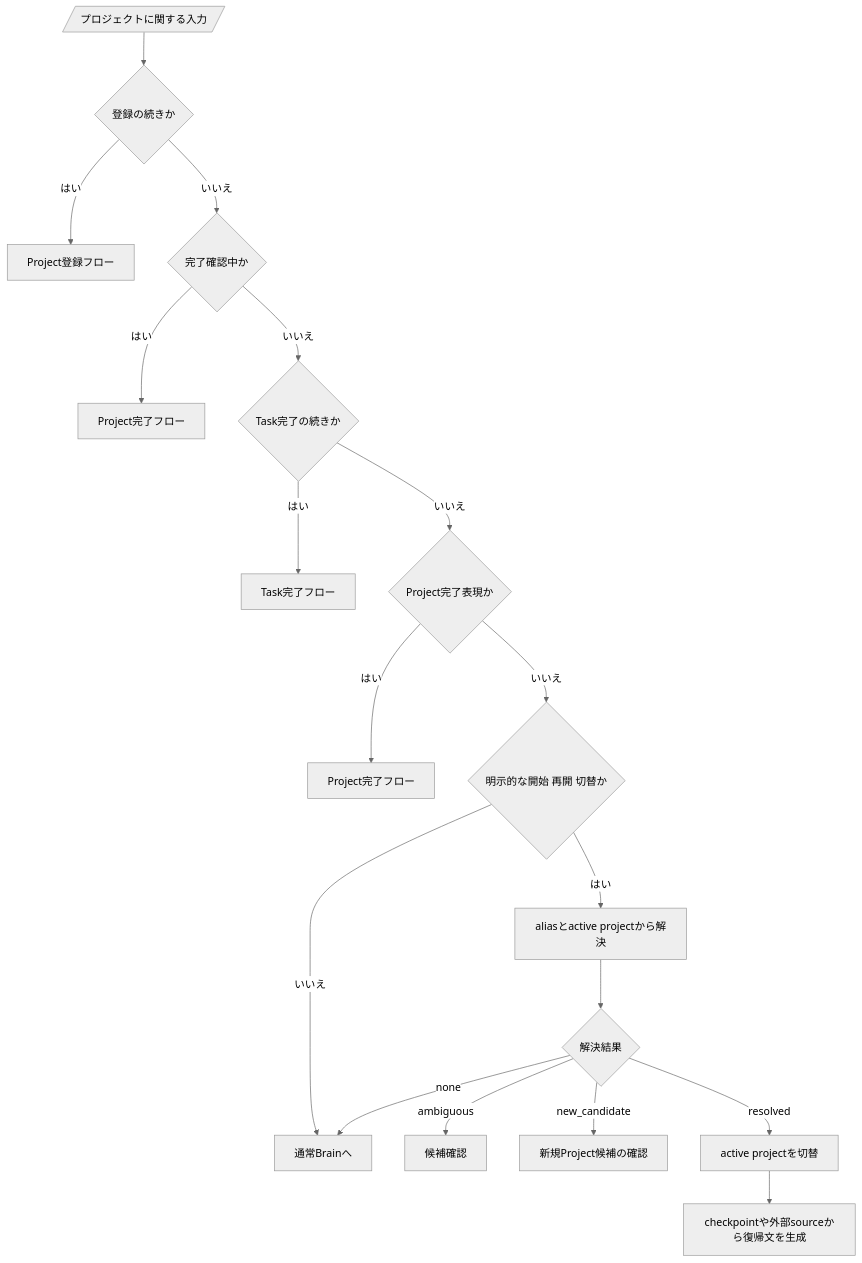
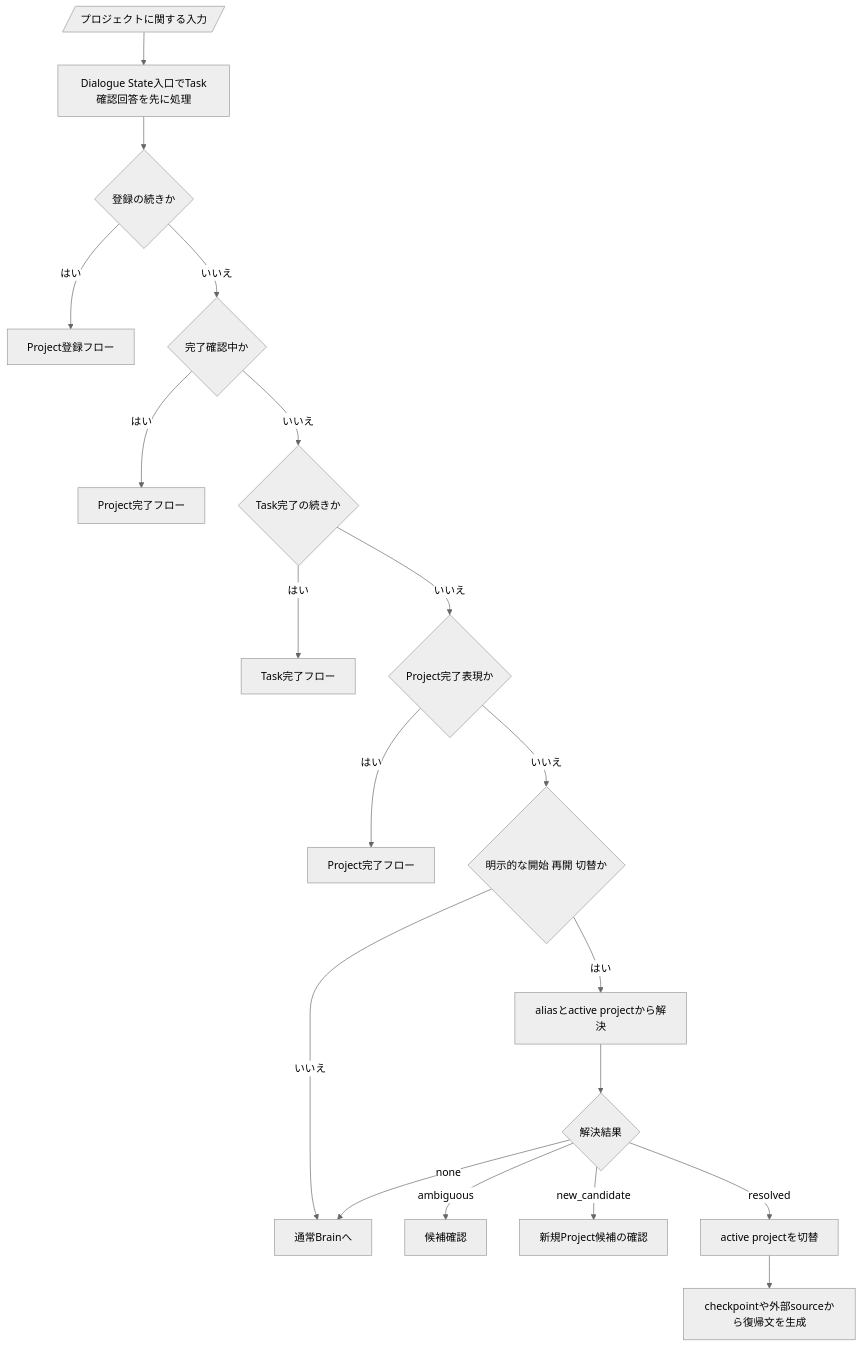
Diagram 12 of 20 in docs/runtime-flows.md (Soso2e/PETIT), drawn with Mermaid (neutral theme) before and after one commit. The commit also changed other lines of this file and 22 other files, not shown here.

````diff
--- a/docs/runtime-flows.md
+++ b/docs/runtime-flows.md
@@ -448,36 +457,37 @@
 ```mermaid
 flowchart TD
     input[/プロジェクトに関する入力/]
     registration{登録の続きか}
     registrationHandle[Project登録フロー]
     completionDraft{完了確認中か}
     completionHandle[Project完了フロー]
     taskCompletion{Task完了の続きか}
     taskHandle[Task完了フロー]
     explicitCompletion{Project完了表現か}
     explicitHandle[Project完了フロー]
     action{明示的な開始 再開 切替か}
     none[通常Brainへ]
     resolve[aliasとactive projectから解決]
     kind{解決結果}
     ambiguous[候補確認]
     candidate[新規Project候補の確認]
     activate[active projectを切替]
     resume[checkpointや外部sourceから復帰文を生成]
 
-    input --> registration
+    guard[Dialogue State入口でTask確認回答を先に処理]
+    input --> guard --> registration
     registration -->|はい| registrationHandle
     registration -->|いいえ| completionDraft
     completionDraft -->|はい| completionHandle
     completionDraft -->|いいえ| taskCompletion
     taskCompletion -->|はい| taskHandle
     taskCompletion -->|いいえ| explicitCompletion
     explicitCompletion -->|はい| explicitHandle
     explicitCompletion -->|いいえ| action
     action -->|いいえ| none
     action -->|はい| resolve --> kind
     kind -->|ambiguous| ambiguous
     kind -->|new_candidate| candidate
     kind -->|resolved| activate --> resume
     kind -->|none| none
 ```
````
